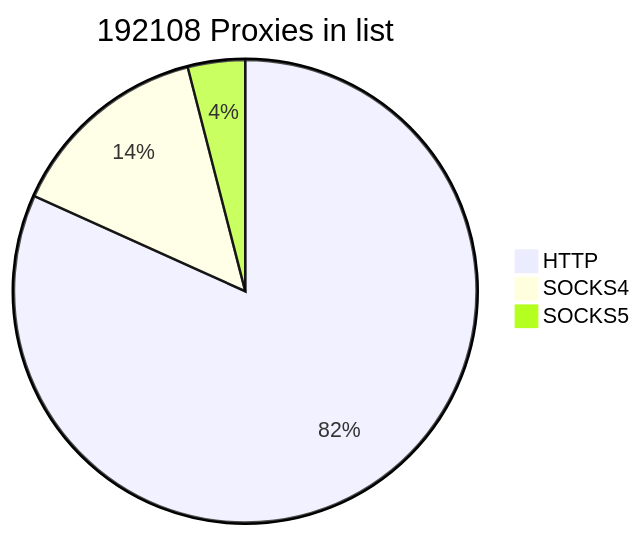
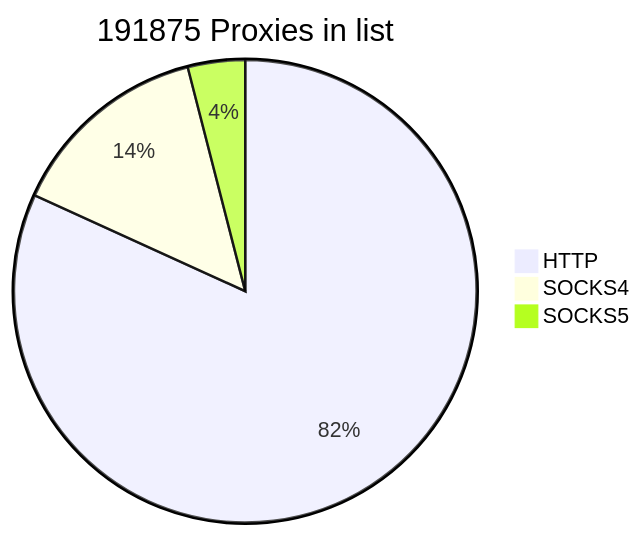
Before and after one commit to cutipu/proxylist: the first of 2 diagrams in README.md, drawn with Mermaid. The commit also changed other lines of this file, not shown here.

````diff
--- a/README.md
+++ b/README.md
@@ -2,7 +2,7 @@
 ```mermaid
-pie title 192108 Proxies in list
-    "HTTP" : 157039
-    "SOCKS4" : 27383
-    "SOCKS5" : 7686
+pie title 191875 Proxies in list
+    "HTTP" : 156958
+    "SOCKS4" : 27241
+    "SOCKS5" : 7676
             
 ```
````
